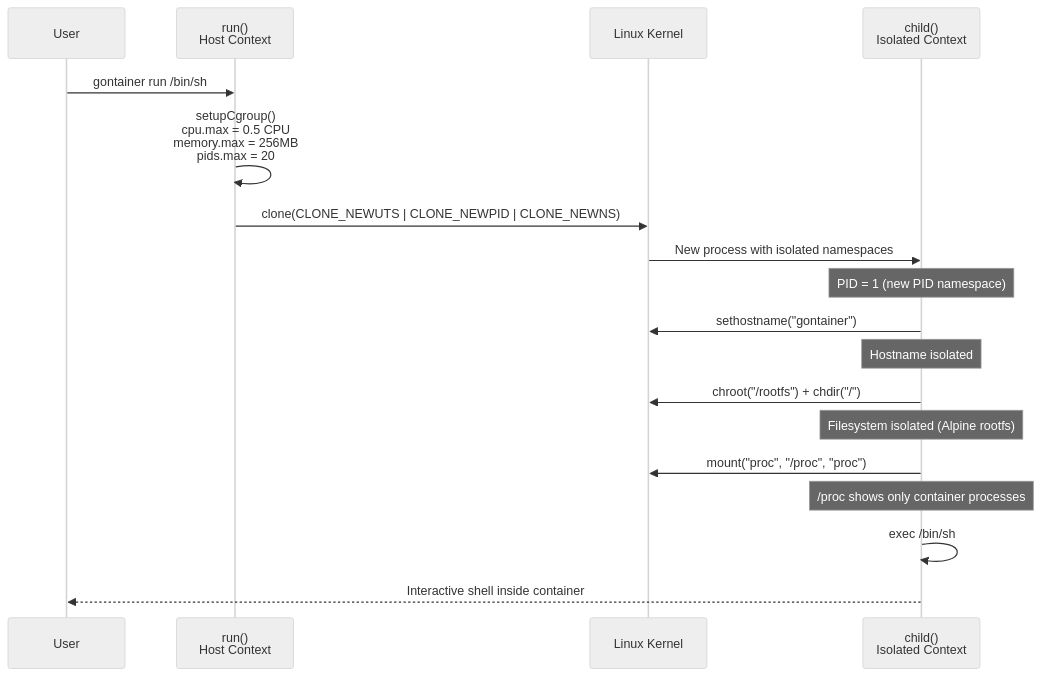
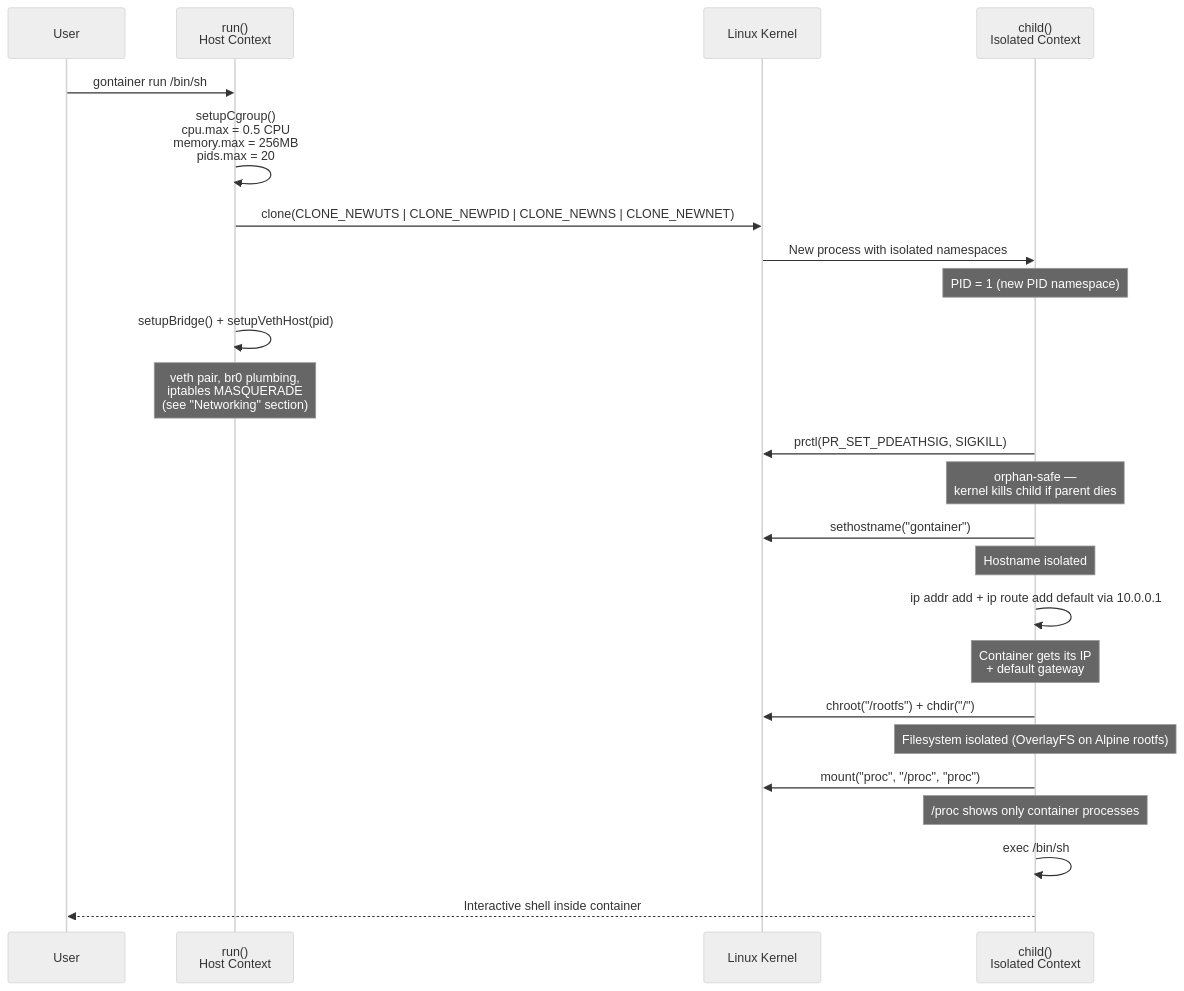
Before and after one commit to paveg/gontainer: the second of 3 diagrams in README.md, drawn with Mermaid (neutral theme). The commit also changed other lines of this file and 2 other files, not shown here.

````diff
--- a/README.md
+++ b/README.md
@@ -28,27 +28,36 @@
 ```mermaid
 sequenceDiagram
     participant User
     participant run as run()<br/>Host Context
     participant kernel as Linux Kernel
     participant child as child()<br/>Isolated Context
 
     User->>run: gontainer run /bin/sh
     run->>run: setupCgroup()<br/>cpu.max = 0.5 CPU<br/>memory.max = 256MB<br/>pids.max = 20
 
-    run->>kernel: clone(CLONE_NEWUTS | CLONE_NEWPID | CLONE_NEWNS)
+    run->>kernel: clone(CLONE_NEWUTS | CLONE_NEWPID | CLONE_NEWNS | CLONE_NEWNET)
     kernel->>child: New process with isolated namespaces
 
     Note over child: PID = 1 (new PID namespace)
 
+    run->>run: setupBridge() + setupVethHost(pid)
+    Note over run: veth pair, br0 plumbing,<br/>iptables MASQUERADE<br/>(see "Networking" section)
+
+    child->>kernel: prctl(PR_SET_PDEATHSIG, SIGKILL)
+    Note over child: orphan-safe —<br/>kernel kills child if parent dies
+
     child->>kernel: sethostname("gontainer")
     Note over child: Hostname isolated
 
+    child->>child: ip addr add + ip route add default via 10.0.0.1
+    Note over child: Container gets its IP<br/>+ default gateway
+
     child->>kernel: chroot("/rootfs") + chdir("/")
-    Note over child: Filesystem isolated (Alpine rootfs)
+    Note over child: Filesystem isolated (OverlayFS on Alpine rootfs)
 
     child->>kernel: mount("proc", "/proc", "proc")
     Note over child: /proc shows only container processes
 
     child->>child: exec /bin/sh
     child-->>User: Interactive shell inside container
 ```
````
